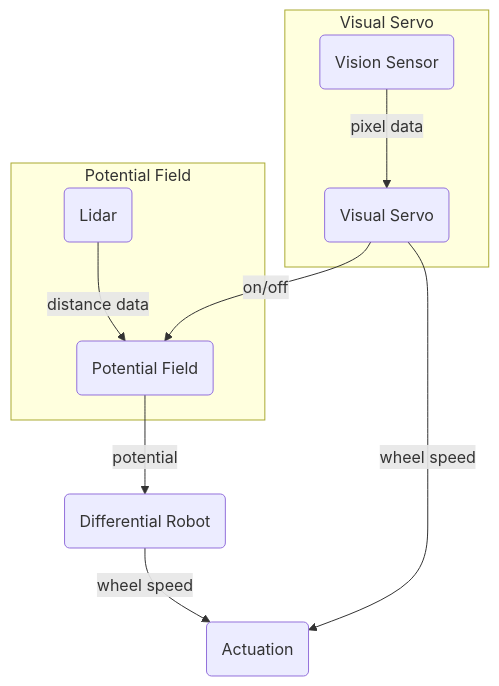
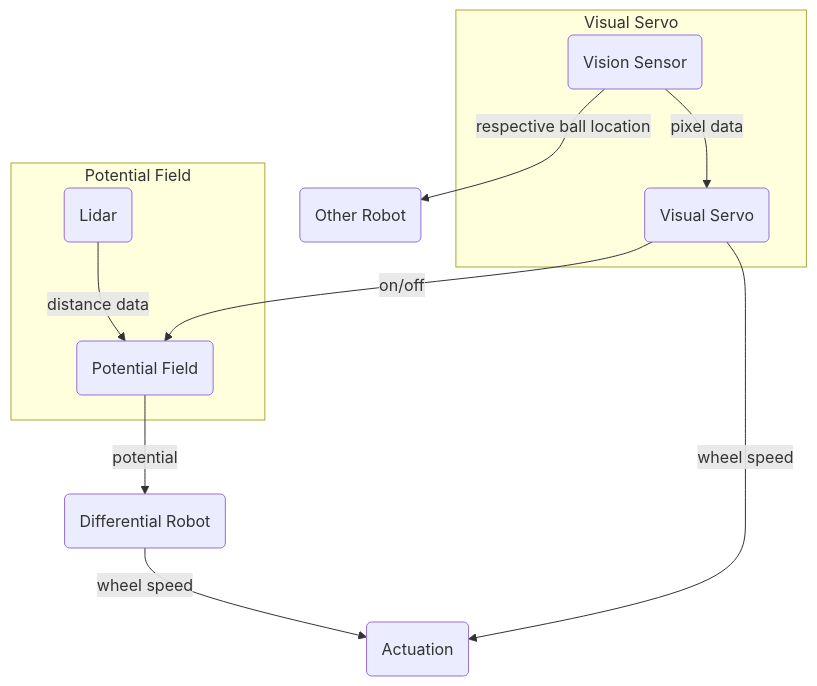
Before and after one commit to kajin04/ECSE275_Group1: the diagram in README.md, drawn with Mermaid.

````diff
--- a/README.md
+++ b/README.md
@@ -147,13 +147,14 @@
 ```mermaid
 graph TD
 subgraph Visual Servo
 A(Vision Sensor) -->|pixel data|B(Visual Servo)
 end
+    A --> |respective ball location|G(Other Robot)
     B --> |wheel speed|C(Actuation)
     D(Differential Robot) --> |wheel speed|C
     E --> |potential|D
     subgraph Potential Field
     F(Lidar) --> |distance data|E
     B --> |on/off|E(Potential Field)
     end
 ```
````
